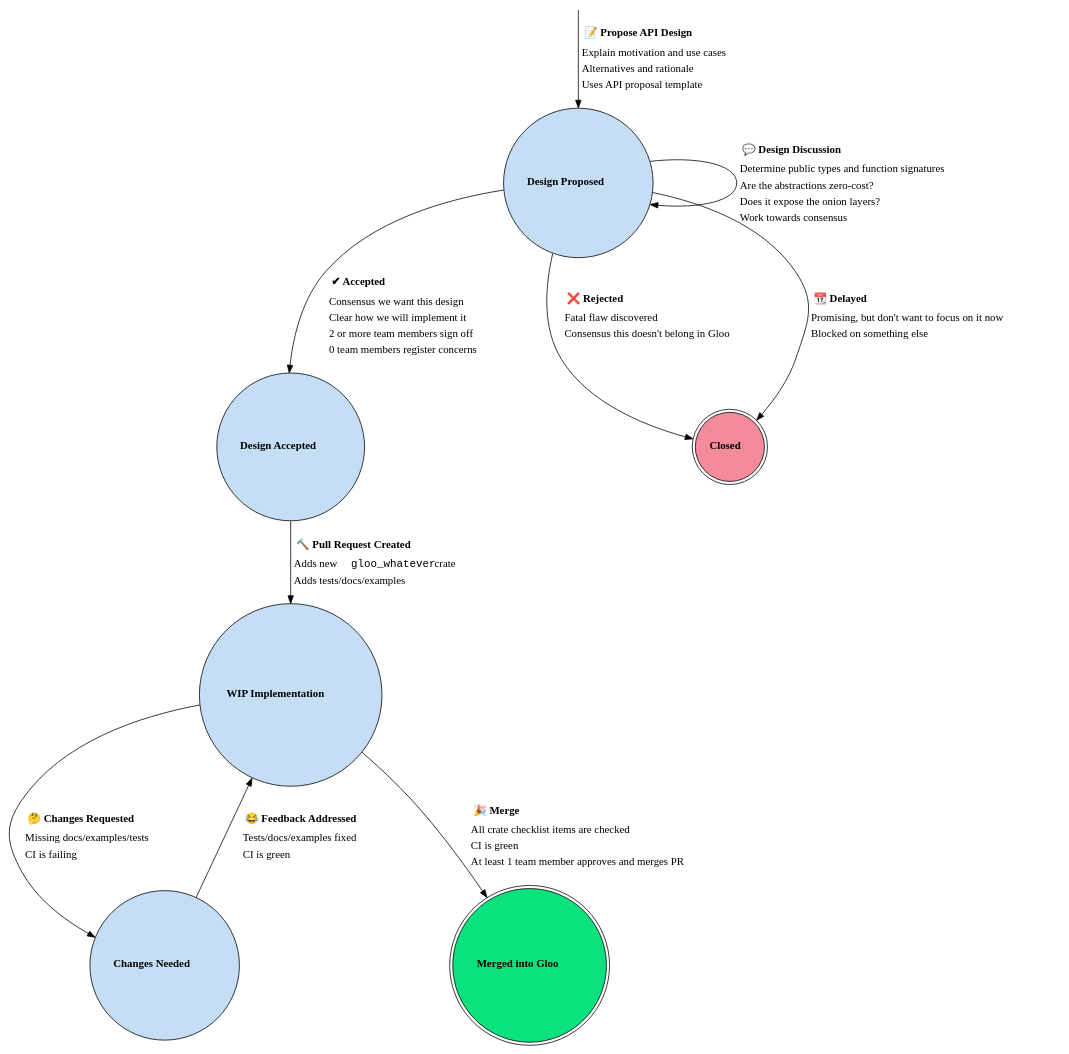
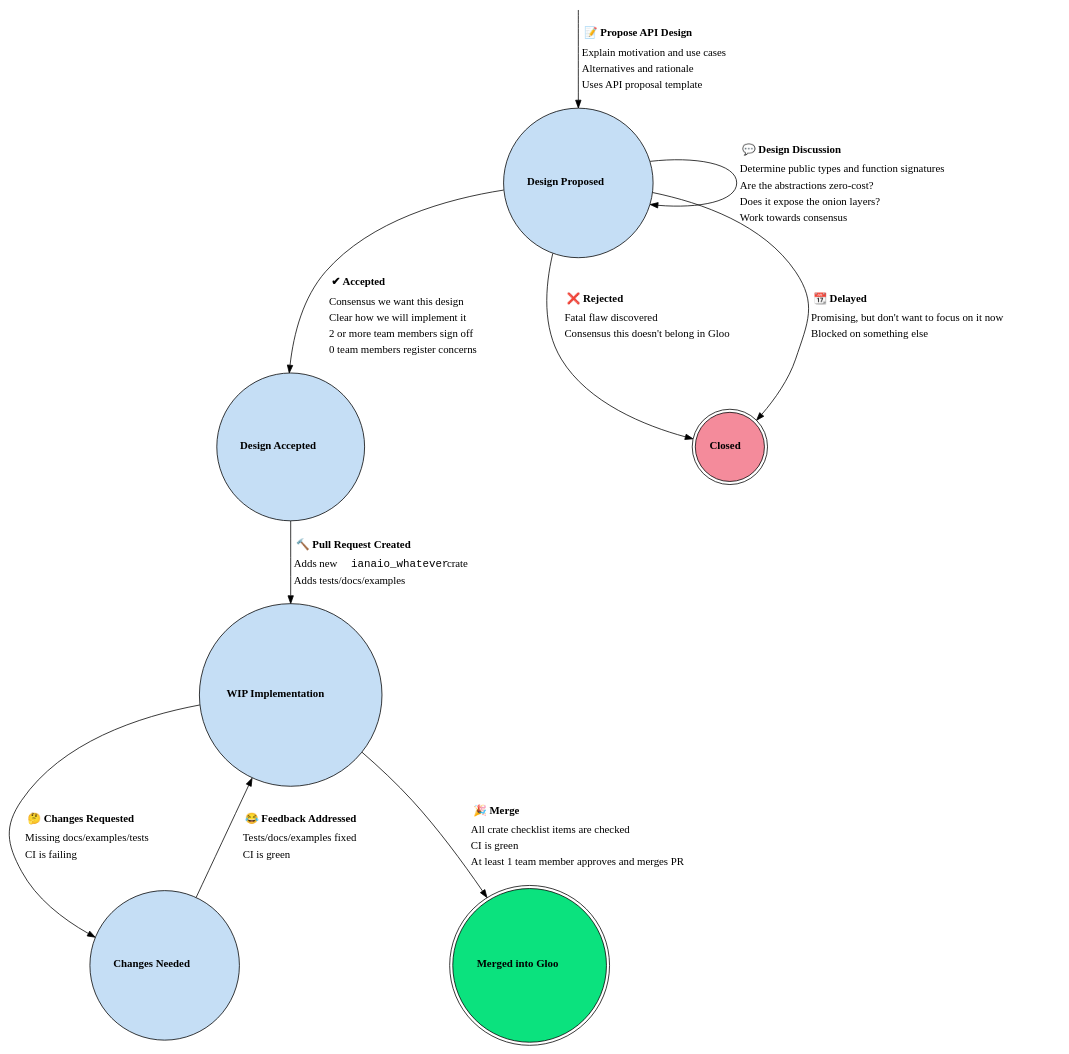
One commit to ianaio/ianadotio changed the diagram in new-design-workflow.dot. Above: the diagram before and after it, drawn with Graphviz. The commit also changed 37 other files, not shown here.

```diff
--- a/new-design-workflow.dot
+++ b/new-design-workflow.dot
@@ -1,98 +1,98 @@
 // Re-render the PNG image with:
 //
 //     dot -Tpng new-design-workflow.dot -o new-design-workflow.png
 
 digraph {
   nodesep = 1.5;
 
   // Nodes
 
   start [shape = "point", style = "invis", width = 0];
   proposed [label = <<b>Design Proposed</b>>, shape = "circle", style = "filled", fillcolor = "#c5def5"];
   accepted [label = <<b>Design Accepted</b>>, shape = "circle", style = "filled", fillcolor = "#c5def5"];
   closed [label = <<b>Closed</b>>, shape = "doublecircle", style = "filled", fillcolor = "#f48b9b"];
 
   wip_impl [label = <<b>WIP Implementation</b>>, shape = "circle", style = "filled", fillcolor = "#c5def5"];
   changes_needed [label = <<b>Changes Needed</b>>, shape = "circle", style = "filled", fillcolor = "#c5def5"];
   merged [label = <<b>Merged into Gloo</b>>, shape = "doublecircle", style = "filled", fillcolor = "#0be27e"];
 
   // Edges
 
   start -> proposed [label = <
     <table border="0">
       <tr><td align="left" cellpadding="5"><b>📝 Propose API Design</b></td></tr>
       <tr><td align="left">Explain motivation and use cases</td></tr>
       <tr><td align="left">Alternatives and rationale</td></tr>
       <tr><td align="left">Uses API proposal template</td></tr>
     </table>
   >];
 
   proposed -> proposed [label = <
     <table border="0">
       <tr><td align="left" cellpadding="5"><b>💬 Design Discussion</b></td></tr>
       <tr><td align="left">Determine public types and function signatures</td></tr>
       <tr><td align="left">Are the abstractions zero-cost?</td></tr>
       <tr><td align="left">Does it expose the onion layers?</td></tr>
       <tr><td align="left">Work towards consensus</td></tr>
     </table>
   >];
 
   proposed -> closed [label = <
     <table border="0">
       <tr><td align="left" cellpadding="5"><b>❌ Rejected</b></td></tr>
       <tr><td align="left">Fatal flaw discovered</td></tr>
       <tr><td align="left">Consensus this doesn't belong in Gloo</td></tr>
     </table>
   >];
 
   proposed -> closed [label = <
     <table border="0">
       <tr><td align="left" cellpadding="5"><b>📆 Delayed</b></td></tr>
       <tr><td align="left">Promising, but don't want to focus on it now</td></tr>
       <tr><td align="left">Blocked on something else</td></tr>
     </table>
   >];
 
   proposed -> accepted [label = <
     <table border="0">
       <tr><td align="left" cellpadding="5"><b>✔ Accepted</b></td></tr>
       <tr><td align="left">Consensus we want this design</td></tr>
       <tr><td align="left">Clear how we will implement it</td></tr>
       <tr><td align="left">2 or more team members sign off</td></tr>
       <tr><td align="left">0 team members register concerns</td></tr>
     </table>
   >];
 
   accepted -> wip_impl [label = <
     <table border="0">
       <tr><td align="left" cellpadding="5"><b>🔨 Pull Request Created</b></td></tr>
-      <tr><td align="left">Adds new <font face="monospace">gloo_whatever</font> crate</td></tr>
+      <tr><td align="left">Adds new <font face="monospace">ianaio_whatever</font> crate</td></tr>
       <tr><td align="left">Adds tests/docs/examples</td></tr>
     </table>
   >];
 
   wip_impl -> changes_needed [label = <
     <table border="0">
       <tr><td align="left" cellpadding="5"><b>🤔 Changes Requested</b></td></tr>
       <tr><td align="left">Missing docs/examples/tests</td></tr>
       <tr><td align="left">CI is failing</td></tr>
     </table>
   >];
 
   changes_needed -> wip_impl [label = <
     <table border="0">
       <tr><td align="left" cellpadding="5"><b>😂 Feedback Addressed</b></td></tr>
       <tr><td align="left">Tests/docs/examples fixed</td></tr>
       <tr><td align="left">CI is green</td></tr>
     </table>
   >];
 
   wip_impl -> merged [label = <
     <table border="0">
       <tr><td align="left" cellpadding="5"><b>🎉 Merge</b></td></tr>
       <tr><td align="left">All crate checklist items are checked</td></tr>
       <tr><td align="left">CI is green</td></tr>
       <tr><td align="left">At least 1 team member approves and merges PR</td></tr>
     </table>
   >];
 }
```
